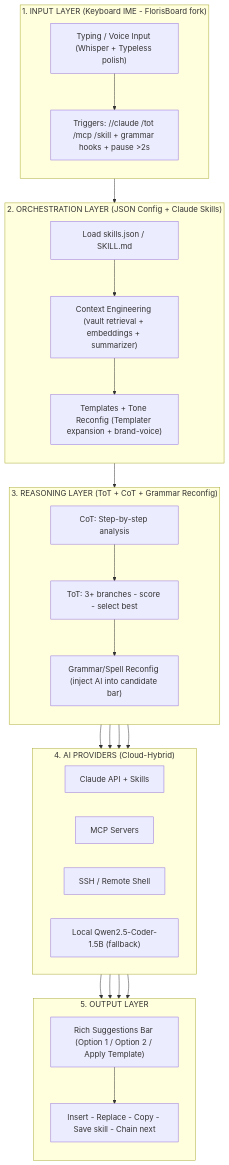
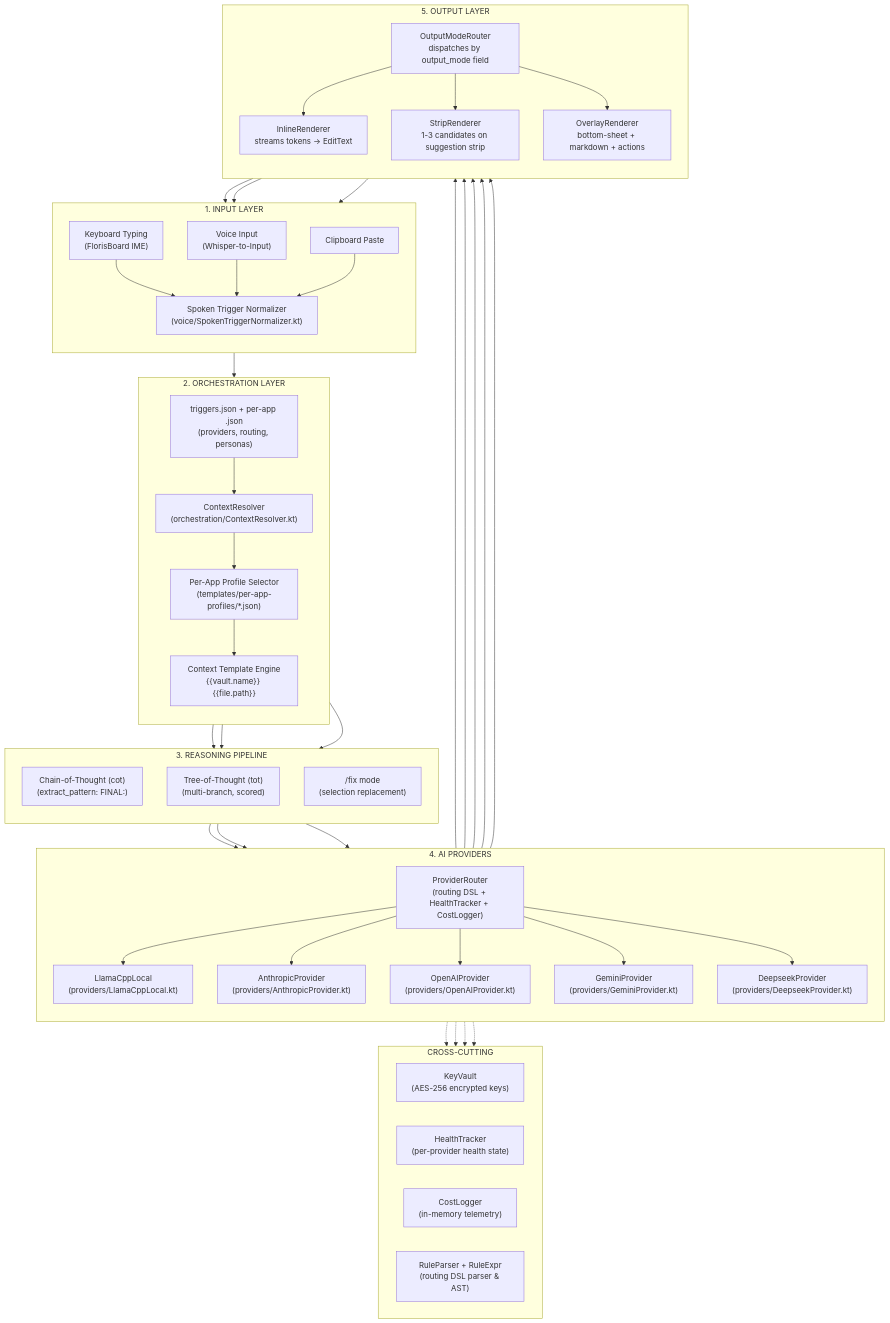
Before and after one commit to Gsunny45/android-ai-keyboard-harness: the diagram in docs/architecture.md, drawn with Mermaid. The commit also changed other lines of this file and 1690 other files, not shown here.

````diff
--- a/docs/architecture.md
+++ b/docs/architecture.md
@@ -9,48 +22,95 @@
 ```mermaid
-graph TD
-    subgraph InputLayer ["1. INPUT LAYER (Keyboard IME - FlorisBoard fork)"]
+flowchart TB
+    subgraph Input["1. INPUT LAYER"]
         direction TB
-        TypingVoice["Typing / Voice Input (Whisper + Typeless polish)"]
-        Triggers["Triggers: //claude /tot /mcp /skill + grammar hooks + pause >2s"]
+        Keyboard["Keyboard Typing<br/>(FlorisBoard IME)"]
+        Voice["Voice Input<br/>(Whisper-to-Input)"]
+        Clipboard["Clipboard Paste"]
+        SpokenTrig["Spoken Trigger Normalizer<br/>(voice/SpokenTriggerNormalizer.kt)"]
     end
-    subgraph OrchestrationLayer ["2. ORCHESTRATION LAYER (JSON Config + Claude Skills)"]
+
+    subgraph Orchestration["2. ORCHESTRATION LAYER"]
         direction TB
-        LoadJSON["Load skills.json / SKILL.md"]
-        ContextEngine["Context Engineering (vault retrieval + embeddings + summarizer)"]
-        Templates["Templates + Tone Reconfig (Templater expansion + brand-voice)"]
+        TrigJSON["triggers.json + per-app .json<br/>(providers, routing, personas)"]
+        ContextResolver["ContextResolver<br/>(orchestration/ContextResolver.kt)"]
+        AppProfile["Per-App Profile Selector<br/>(templates/per-app-profiles/*.json)"]
+        CTE["Context Template Engine<br/>{{vault.name}} {{file.path}}"]
     end
-    subgraph ReasoningLayer ["3. REASONING LAYER (ToT + CoT + Grammar Reconfig)"]
+
+    subgraph Reasoning["3. REASONING PIPELINE"]
         direction TB
-        CoTStep["CoT: Step-by-step analysis"]
-        ToTBranch["ToT: 3+ branches - score - select best"]
-        GrammarHook["Grammar/Spell Reconfig (inject AI into candidate bar)"]
+        CoT["Chain-of-Thought (cot)<br/>(extract_pattern: FINAL:)"]
+        ToT["Tree-of-Thought (tot)<br/>(multi-branch, scored)"]
+        Fix["/fix mode<br/>(selection replacement)"]
     end
-    subgraph AIProvidersLayer ["4. AI PROVIDERS (Cloud-Hybrid)"]
+
+    subgraph Providers["4. AI PROVIDERS"]
+        direction TB
+        Llama["LlamaCppLocal<br/>(providers/LlamaCppLocal.kt)"]
+        Anthropic["AnthropicProvider<br/>(providers/AnthropicProvider.kt)"]
+        OpenAI["OpenAIProvider<br/>(providers/OpenAIProvider.kt)"]
+        Gemini["GeminiProvider<br/>(providers/GeminiProvider.kt)"]
+        Deepseek["DeepseekProvider<br/>(providers/DeepseekProvider.kt)"]
+        Router["ProviderRouter<br/>(routing DSL + HealthTracker + CostLogger)"]
+    end
+
+    subgraph Output["5. OUTPUT LAYER"]
+        direction TB
+        Inline["InlineRenderer<br/>streams tokens → EditText"]
+        Strip["StripRenderer<br/>1-3 candidates on suggestion strip"]
+        Overlay["OverlayRenderer<br/>bottom-sheet + markdown + actions"]
+        ModeRouter["OutputModeRouter<br/>dispatches by output_mode field"]
+    end
+
+    subgraph CrossCutting["CROSS-CUTTING"]
         direction LR
-        ClaudeAPI["Claude API + Skills"]
-        MCPProtocol["MCP Servers"]
-        SSHShell["SSH / Remote Shell"]
-        LocalLLM["Local Qwen2.5-Coder-1.5B (fallback)"]
+        KV["KeyVault<br/>(AES-256 encrypted keys)"]
+        HLTH["HealthTracker<br/>(per-provider health state)"]
+        COST["CostLogger<br/>(in-memory telemetry)"]
+        RULES["RuleParser + RuleExpr<br/>(routing DSL parser & AST)"]
     end
-    subgraph OutputLayer ["5. OUTPUT LAYER"]
-        direction TB
-        SuggestionsBar["Rich Suggestions Bar (Option 1 / Option 2 / Apply Template)"]
-        Actions["Insert - Replace - Copy - Save skill - Chain next"]
-    end
-    TypingVoice --> Triggers
-    Triggers --> LoadJSON
-    LoadJSON --> ContextEngine
-    ContextEngine --> Templates
-    Templates --> CoTStep
-    CoTStep --> ToTBranch
-    ToTBranch --> GrammarHook
-    GrammarHook --> ClaudeAPI
-    GrammarHook --> MCPProtocol
-    GrammarHook --> SSHShell
-    GrammarHook --> LocalLLM
-    ClaudeAPI --> SuggestionsBar
-    MCPProtocol --> SuggestionsBar
-    SSHShell --> SuggestionsBar
-    LocalLLM --> SuggestionsBar
-    SuggestionsBar --> Actions
+
+    %% Data flow
+    Keyboard --> SpokenTrig
+    Voice --> SpokenTrig
+    Clipboard --> SpokenTrig
+
+    SpokenTrig --> TrigJSON
+    TrigJSON --> ContextResolver
+    ContextResolver --> AppProfile
+    AppProfile --> CTE
+
+    CTE --> CoT
+    CTE --> ToT
+    CTE --> Fix
+
+    CoT --> Router
+    ToT --> Router
+    Fix --> Router
+
+    Router --> Llama
+    Router --> Anthropic
+    Router --> OpenAI
+    Router --> Gemini
+    Router --> Deepseek
+
+    Llama --> ModeRouter
+    Anthropic --> ModeRouter
+    OpenAI --> ModeRouter
+    Gemini --> ModeRouter
+    Deepseek --> ModeRouter
+
+    ModeRouter --> Inline
+    ModeRouter --> Strip
+    ModeRouter --> Overlay
+
+    Inline --> Keyboard
+    Strip --> Keyboard
+    Overlay --> Keyboard
+
+    %% Cross-cutting links
+    Router -.-> KV
+    Router -.-> HLTH
+    Router -.-> COST
+    Router -.-> RULES
 ```
````
